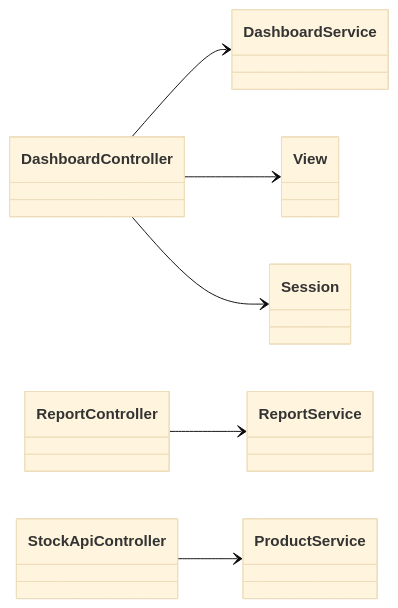
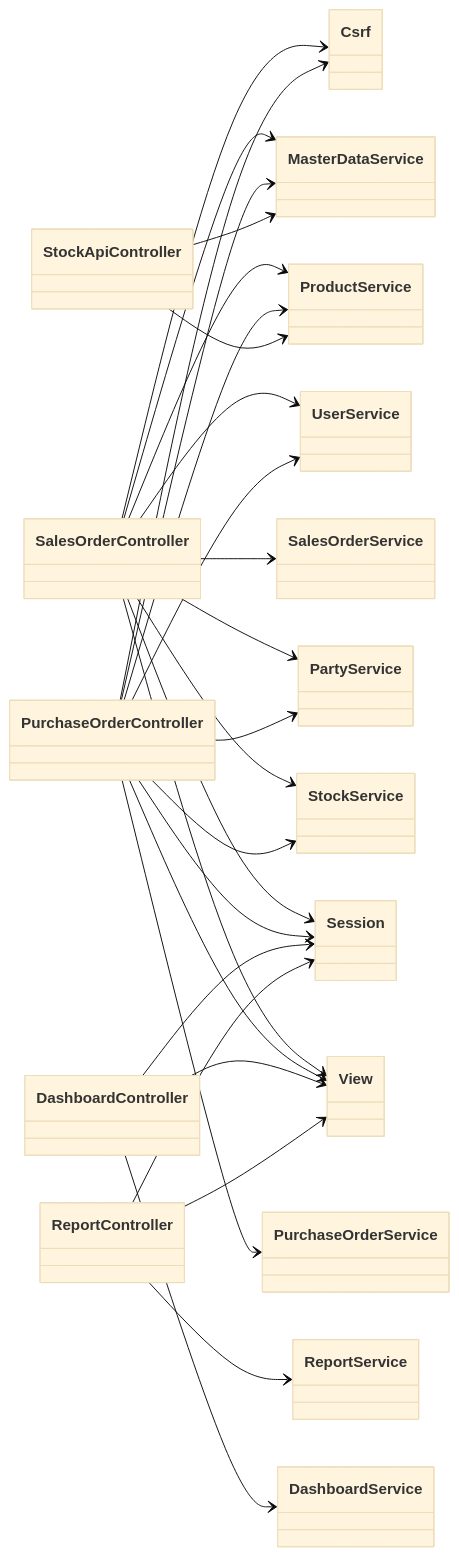
The third of 3 diagrams in docs/architecture/class-diagram-as-built.md (WillyMocha/inventory-order-management-system), drawn with Mermaid (base theme) before and after one commit. The commit also changed other lines of this file and 7 other files, not shown here.

Commit message:
docs: align class diagram, ADRs and ERD with the code

````diff
--- a/docs/architecture/class-diagram-as-built.md
+++ b/docs/architecture/class-diagram-as-built.md
@@ -107,18 +227,54 @@
 ```mermaid
 classDiagram
     direction LR
+
+    class SalesOrderController
+    class PurchaseOrderController
     class DashboardController
     class ReportController
     class StockApiController
+
+    class SalesOrderService
+    class PurchaseOrderService
+    class StockService
     class DashboardService
     class ReportService
     class ProductService
+    class PartyService
+    class MasterDataService
+    class UserService
     class View
     class Session
+    class Csrf
+
+    SalesOrderController --> SalesOrderService
+    SalesOrderController --> StockService
+    SalesOrderController --> ProductService
+    SalesOrderController --> PartyService
+    SalesOrderController --> MasterDataService
+    SalesOrderController --> UserService
+    SalesOrderController --> View
+    SalesOrderController --> Session
+    SalesOrderController --> Csrf
+
+    PurchaseOrderController --> PurchaseOrderService
+    PurchaseOrderController --> StockService
+    PurchaseOrderController --> ProductService
+    PurchaseOrderController --> PartyService
+    PurchaseOrderController --> MasterDataService
+    PurchaseOrderController --> UserService
+    PurchaseOrderController --> View
+    PurchaseOrderController --> Session
+    PurchaseOrderController --> Csrf
 
     DashboardController --> DashboardService
     DashboardController --> View
     DashboardController --> Session
+
     ReportController --> ReportService
+    ReportController --> View
+    ReportController --> Session
+
     StockApiController --> ProductService
+    StockApiController --> MasterDataService
 ```
````
